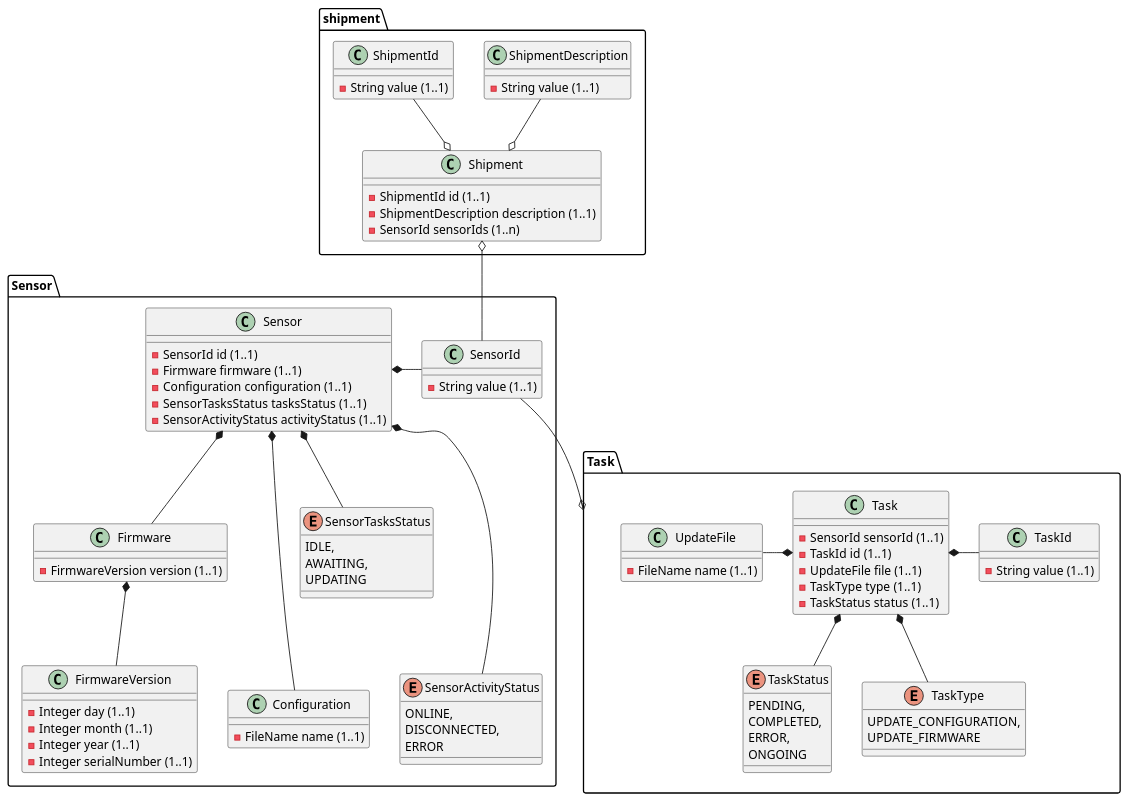
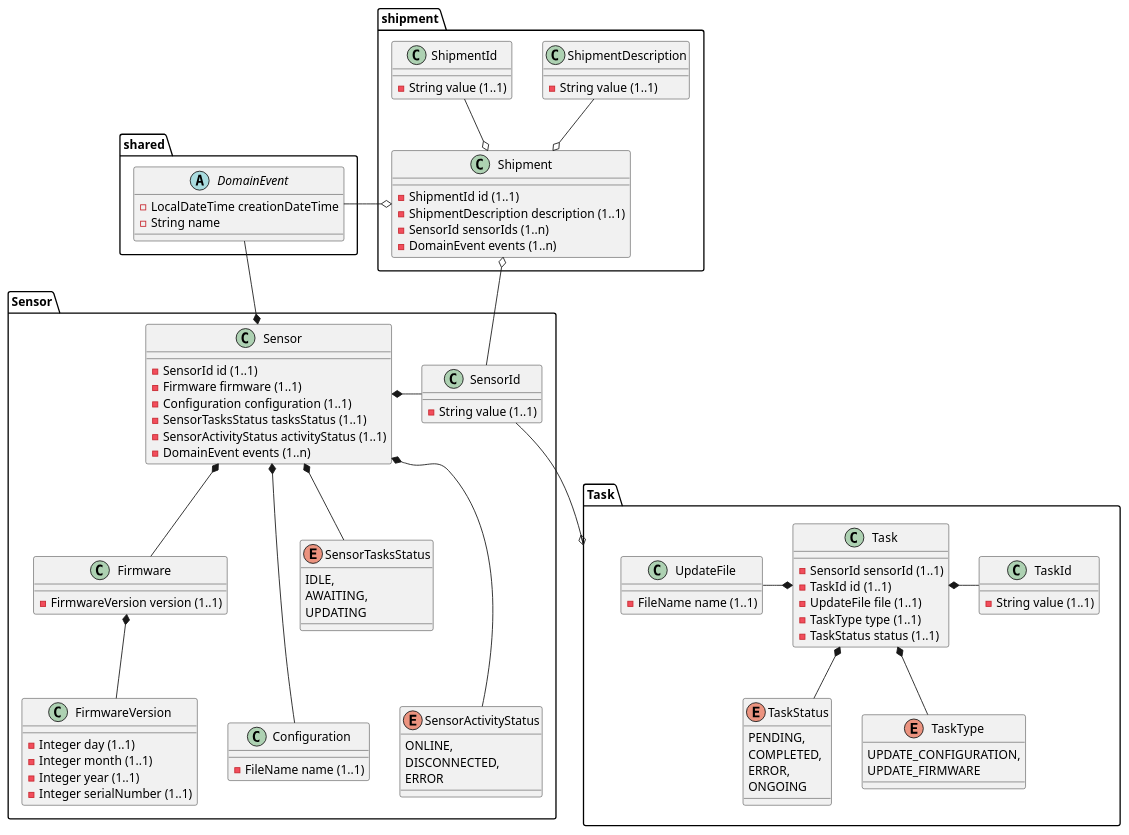
Before and after one commit to AboutCodingBE/validation-excercise: the diagram in docs/diagrams/DomainModel.puml, drawn with PlantUML. The commit also changed 4 other files, not shown here.

Commit message:
added domain events to design

```diff
--- a/docs/diagrams/DomainModel.puml
+++ b/docs/diagrams/DomainModel.puml
@@ -1,111 +1,123 @@
 @startuml
+
+package shared {
+    abstract class DomainEvent {
+        -LocalDateTime creationDateTime
+        -String name
+    }
+}
 
 package shipment {
   class Shipment {
     -ShipmentId id (1..1)
     -ShipmentDescription description (1..1)
     -SensorId sensorIds (1..n)
+    -DomainEvent events (1..n)
   }
   
   class ShipmentId {
     -String value (1..1)
   }
-  
+
   class ShipmentDescription {
-    -String value (1..1)
+  -String value (1..1)
   }
-  
+
   Shipment o-up- ShipmentId
   Shipment o-up- ShipmentDescription
+
+  Shipment o-right- DomainEvent
 }
 
 
 package Sensor {
     class Sensor {
       -SensorId id (1..1)
       -Firmware firmware (1..1)
       -Configuration configuration (1..1)
       -SensorTasksStatus tasksStatus (1..1)
       -SensorActivityStatus activityStatus (1..1)
+      -DomainEvent events (1..n)
     }
 
     class SensorId {
       -String value (1..1)
     }
 
     class Firmware {
       -FirmwareVersion version (1..1)
     }
 
     class FirmwareVersion {
       -Integer day (1..1)
       -Integer month (1..1)
       -Integer year (1..1)
       -Integer serialNumber (1..1)
     }
 
     class Configuration {
       -FileName name (1..1)
     }
 
     enum SensorTasksStatus {
       IDLE,
       AWAITING,
       UPDATING
     }
 
     enum SensorActivityStatus {
       ONLINE,
       DISCONNECTED,
       ERROR
     }
 
     Sensor *-left- SensorId
     Sensor *-down- Firmware
     Sensor *-down-- Configuration
     Sensor *-down- SensorTasksStatus
     Sensor *-down-- SensorActivityStatus
+    Sensor *-up- DomainEvent
     Firmware *-down- FirmwareVersion
 }
 
 package Task {
     class Task {
       -SensorId sensorId (1..1)
       -TaskId id (1..1)
       -UpdateFile file (1..1)
       -TaskType type (1..1)
       -TaskStatus status (1..1)
     }
 
     class TaskId {
       -String value (1..1)
     }
 
     class UpdateFile {
       -FileName name (1..1)
     }
 
     enum TaskType {
       UPDATE_CONFIGURATION,
       UPDATE_FIRMWARE
     }
 
     enum TaskStatus {
       PENDING,
       COMPLETED,
       ERROR,
       ONGOING
     }
 
     Task *-right- TaskId
     Task *-left- UpdateFile
     Task *-down- TaskType
     Task *-down- TaskStatus
 }
 
 Shipment o-down- SensorId
 Task o-up- SensorId
 
 
 
 @enduml
```
